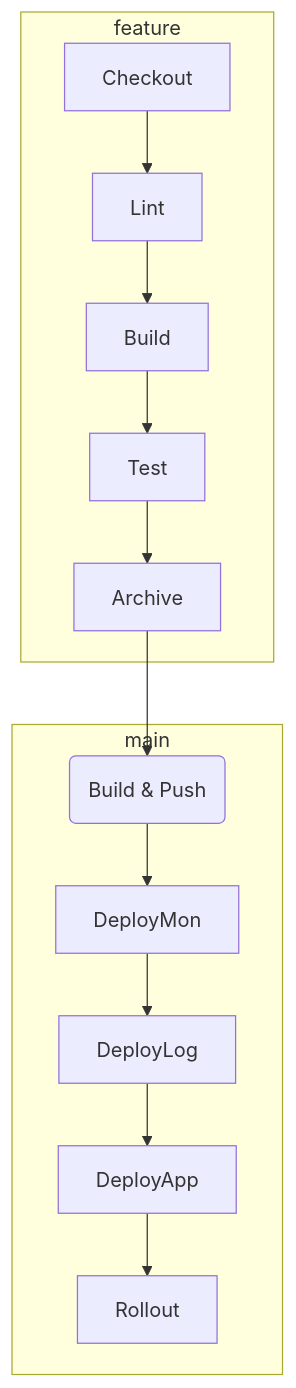
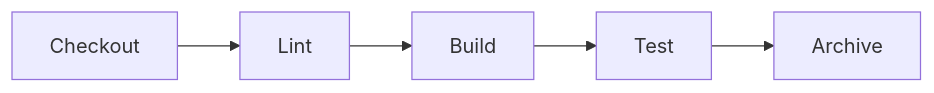
One commit to kirillank/Diplom_DOS25 changed the second of 3 diagrams in README.md. Above: the diagram before and after it, drawn with Mermaid. The commit also changed other lines of this file, not shown here.

````diff
--- a/README.md
+++ b/README.md
@@ -120,9 +117,4 @@
 ```mermaid
-flowchart TD
-  subgraph feature
+flowchart LR
     Checkout --> Lint --> Build --> Test --> Archive
-  end
-  subgraph main
-    Archive --> Image(Build & Push) --> DeployMon --> DeployLog --> DeployApp --> Rollout
-  end
 ```
````
